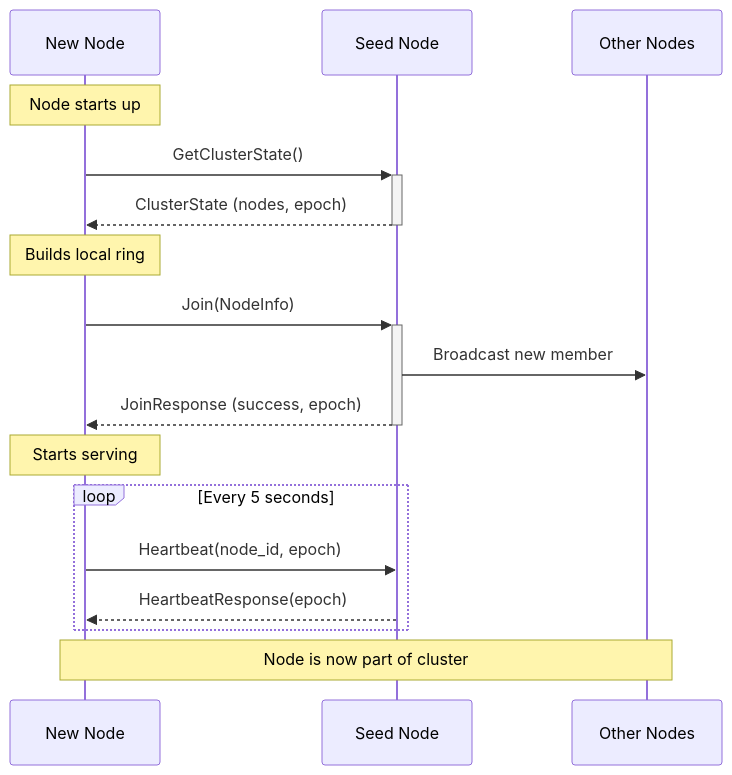
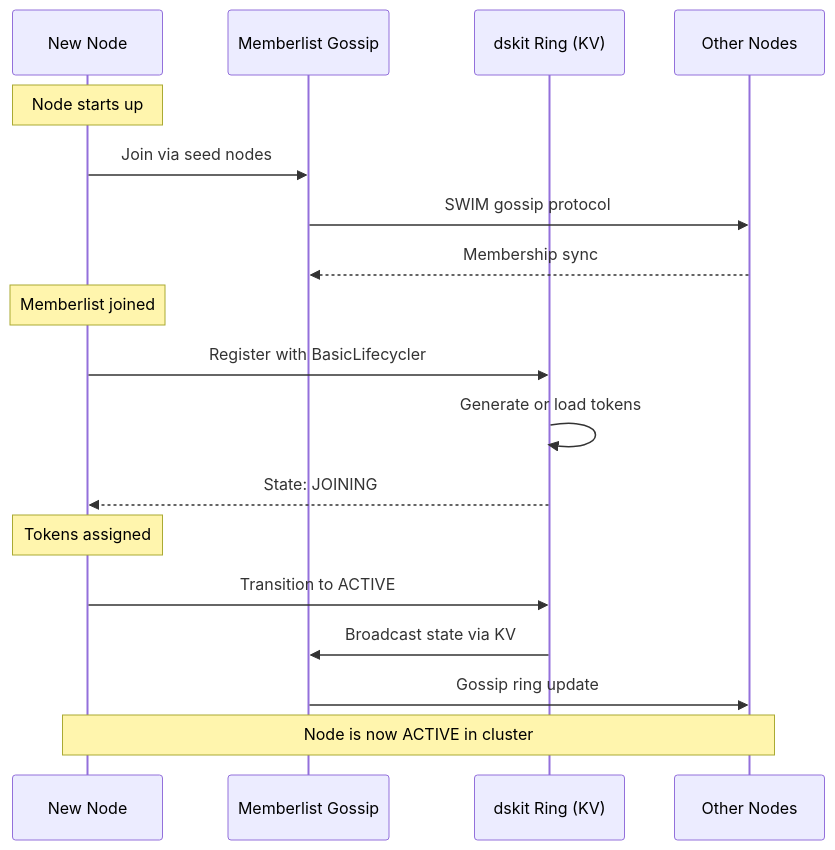
The third of 4 diagrams in docs/rfcs/RFC-007-sharded-cluster.md (tigrisdata/ocache), drawn with Mermaid before and after one commit. The commit also changed other lines of this file, not shown here.

Commit message:
Update the cluster RFC to reflect the design changes

````diff
--- a/docs/rfcs/RFC-007-sharded-cluster.md
+++ b/docs/rfcs/RFC-007-sharded-cluster.md
@@ -177,26 +195,27 @@
 ```mermaid
 sequenceDiagram
     participant NewNode as New Node
-    participant SeedNode as Seed Node
+    participant Memberlist as Memberlist Gossip
+    participant Ring as dskit Ring (KV)
     participant Cluster as Other Nodes
 
     Note over NewNode: Node starts up
 
-    NewNode->>+SeedNode: GetClusterState()
-    SeedNode-->>-NewNode: ClusterState (nodes, epoch)
+    NewNode->>Memberlist: Join via seed nodes
+    Memberlist->>Cluster: SWIM gossip protocol
+    Cluster-->>Memberlist: Membership sync
 
-    Note over NewNode: Builds local ring
+    Note over NewNode: Memberlist joined
 
-    NewNode->>+SeedNode: Join(NodeInfo)
-    SeedNode->>Cluster: Broadcast new member
-    SeedNode-->>-NewNode: JoinResponse (success, epoch)
+    NewNode->>Ring: Register with BasicLifecycler
+    Ring->>Ring: Generate or load tokens
+    Ring-->>NewNode: State: JOINING
 
-    Note over NewNode: Starts serving
+    Note over NewNode: Tokens assigned
 
-    loop Every 5 seconds
-        NewNode->>SeedNode: Heartbeat(node_id, epoch)
-        SeedNode-->>NewNode: HeartbeatResponse(epoch)
-    end
+    NewNode->>Ring: Transition to ACTIVE
+    Ring->>Memberlist: Broadcast state via KV
+    Memberlist->>Cluster: Gossip ring update
 
-    Note over NewNode,Cluster: Node is now part of cluster
+    Note over NewNode,Cluster: Node is now ACTIVE in cluster
 ```
````
